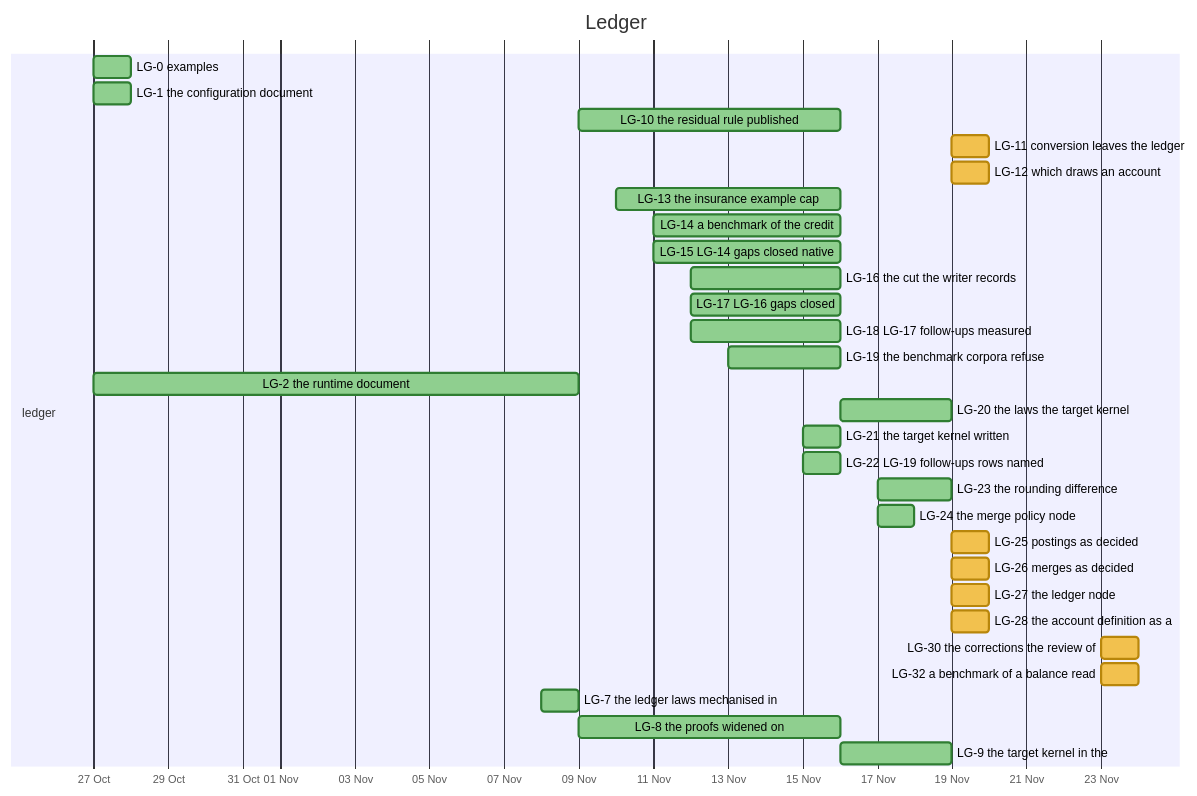
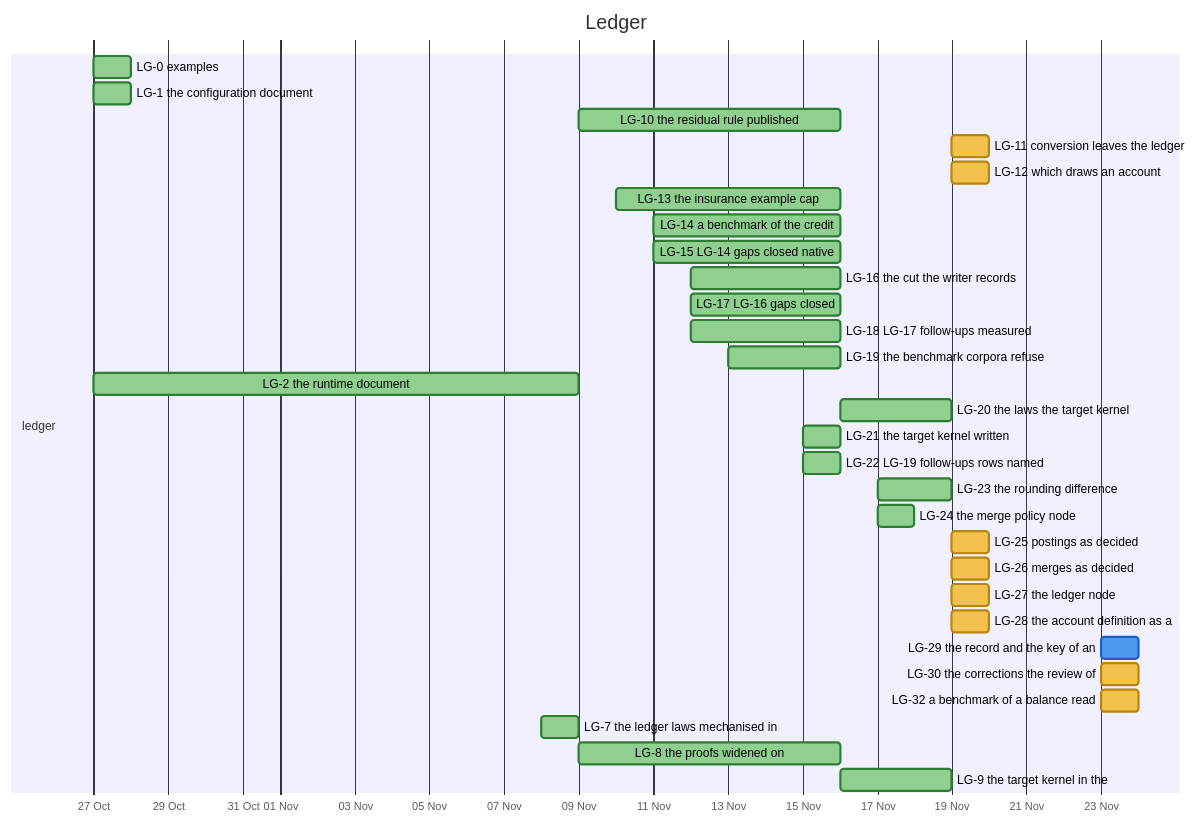
One commit to nebularis/lattice changed the tenth of 32 diagrams in docs/developer/ROADMAP.md. Above: the diagram before and after it, drawn with Mermaid. The commit also changed other lines of this file and 4 other files, not shown here.

````diff
--- a/docs/developer/ROADMAP.md
+++ b/docs/developer/ROADMAP.md
@@ -338,35 +338,36 @@
 ```mermaid
 %%{init: {"themeVariables": {"taskBkgColor": "#f2c14e", "taskBorderColor": "#b8860b", "taskTextColor": "#000000", "activeTaskBkgColor": "#4e9af1", "activeTaskBorderColor": "#1f5fbf", "activeTaskBorderColor": "#1f5fbf", "doneTaskBkgColor": "#8fcf8f", "doneTaskBorderColor": "#2f7d32", "critBkgColor": "#f28b82", "critBorderColor": "#b23a30", "taskTextDarkColor": "#000000", "taskTextLightColor": "#000000"}}}%%
 gantt
     title Ledger
     dateFormat YYYY-MM-DD
     axisFormat %d %b
     section ledger
     LG-0 examples :done, lg0, 2026-10-27, 2026-10-28
     LG-1 the configuration document :done, lg1, 2026-10-27, 2026-10-28
     LG-10 the residual rule published :done, lg10, 2026-11-09, 2026-11-16
     LG-11 conversion leaves the ledger :lg11, 2026-11-19, 2026-11-20
     LG-12 which draws an account :lg12, 2026-11-19, 2026-11-20
     LG-13 the insurance example cap :done, lg13, 2026-11-10, 2026-11-16
     LG-14 a benchmark of the credit :done, lg14, 2026-11-11, 2026-11-16
     LG-15 LG-14 gaps closed native :done, lg15, 2026-11-11, 2026-11-16
     LG-16 the cut the writer records :done, lg16, 2026-11-12, 2026-11-16
     LG-17 LG-16 gaps closed :done, lg17, 2026-11-12, 2026-11-16
     LG-18 LG-17 follow-ups measured :done, lg18, 2026-11-12, 2026-11-16
     LG-19 the benchmark corpora refuse :done, lg19, 2026-11-13, 2026-11-16
     LG-2 the runtime document :done, lg2, 2026-10-27, 2026-11-09
     LG-20 the laws the target kernel :done, lg20, 2026-11-16, 2026-11-19
     LG-21 the target kernel written :done, lg21, 2026-11-15, 2026-11-16
     LG-22 LG-19 follow-ups rows named :done, lg22, 2026-11-15, 2026-11-16
     LG-23 the rounding difference :done, lg23, 2026-11-17, 2026-11-19
     LG-24 the merge policy node :done, lg24, 2026-11-17, 2026-11-18
     LG-25 postings as decided :lg25, 2026-11-19, 2026-11-20
     LG-26 merges as decided :lg26, 2026-11-19, 2026-11-20
     LG-27 the ledger node :lg27, 2026-11-19, 2026-11-20
     LG-28 the account definition as a :lg28, 2026-11-19, 2026-11-20
+    LG-29 the record and the key of an :active, lg29, 2026-11-23, 2026-11-24
     LG-30 the corrections the review of :lg30, 2026-11-23, 2026-11-24
     LG-32 a benchmark of a balance read :lg32, 2026-11-23, 2026-11-24
     LG-7 the ledger laws mechanised in :done, lg7, 2026-11-08, 2026-11-09
     LG-8 the proofs widened on :done, lg8, 2026-11-09, 2026-11-16
     LG-9 the target kernel in the :done, lg9, 2026-11-16, 2026-11-19
 ```
````
